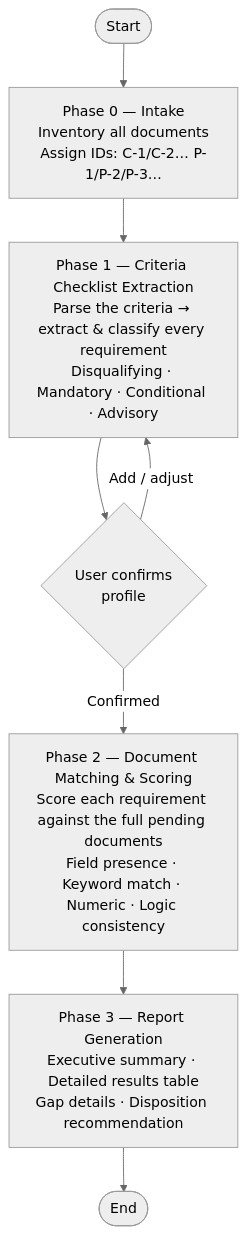
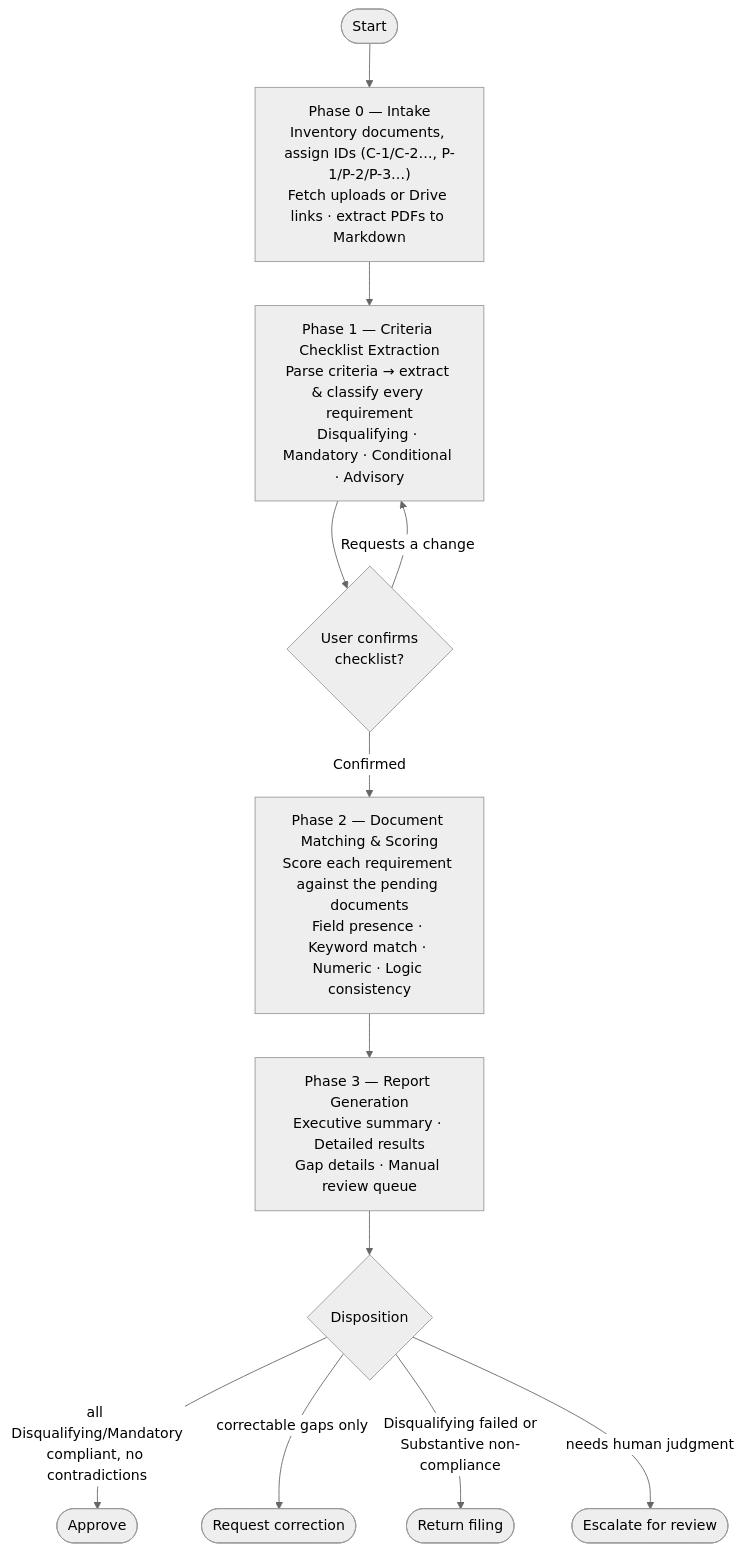
One commit to sylphlin/document-validator changed the diagram in README.md. Above: the diagram before and after it, drawn with Mermaid (neutral theme). The commit also changed other lines of this file and 1 other file, not shown here.

Commit message:
docs: update documentation to reflect improved extraction logic, revised workflow steps, and expanded usage examples

````diff
--- a/README.md
+++ b/README.md
@@ -13,18 +13,23 @@
 ```mermaid
 flowchart TD
     A([Start]) --> B
 
-    B["Phase 0 — Intake\nInventory all documents\nAssign IDs: C-1/C-2… P-1/P-2/P-3…"]
+    B["Phase 0 — Intake\nInventory documents, assign IDs (C-1/C-2…, P-1/P-2/P-3…)\nFetch uploads or Drive links · extract PDFs to Markdown"]
     B --> C
 
-    C["Phase 1 — Criteria Checklist Extraction\nParse the criteria → extract & classify every requirement\nDisqualifying · Mandatory · Conditional · Advisory"]
-    C --> D{User confirms\nprofile}
-    D -- Add / adjust --> C
+    C["Phase 1 — Criteria Checklist Extraction\nParse criteria → extract & classify every requirement\nDisqualifying · Mandatory · Conditional · Advisory"]
+    C --> D{User confirms\nchecklist?}
+    D -- Requests a change --> C
     D -- Confirmed --> E
 
-    E["Phase 2 — Document Matching & Scoring\nScore each requirement against the full pending documents\nField presence · Keyword match · Numeric · Logic consistency"]
+    E["Phase 2 — Document Matching & Scoring\nScore each requirement against the pending documents\nField presence · Keyword match · Numeric · Logic consistency"]
     E --> F
 
-    F["Phase 3 — Report Generation\nExecutive summary · Detailed results table\nGap details · Disposition recommendation"]
-    F --> G([End])
+    F["Phase 3 — Report Generation\nExecutive summary · Detailed results\nGap details · Manual review queue"]
+    F --> G{Disposition}
+
+    G -- "all Disqualifying/Mandatory\ncompliant, no contradictions" --> H([Approve])
+    G -- "correctable gaps only" --> I([Request correction])
+    G -- "Disqualifying failed or\nSubstantive non-compliance" --> J([Return filing])
+    G -- "needs human judgment" --> K([Escalate for review])
 ```
````
